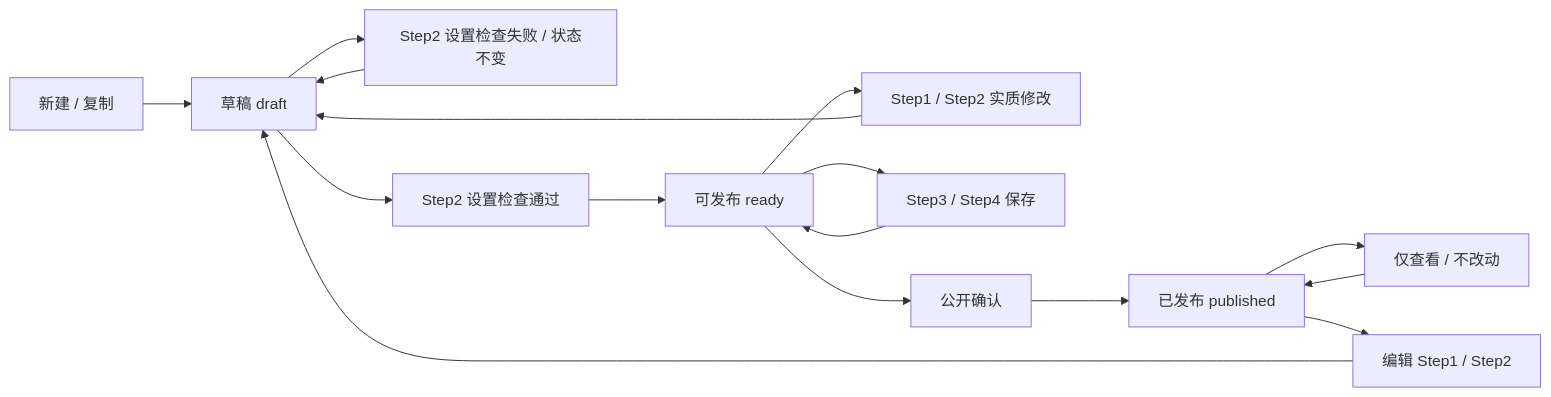
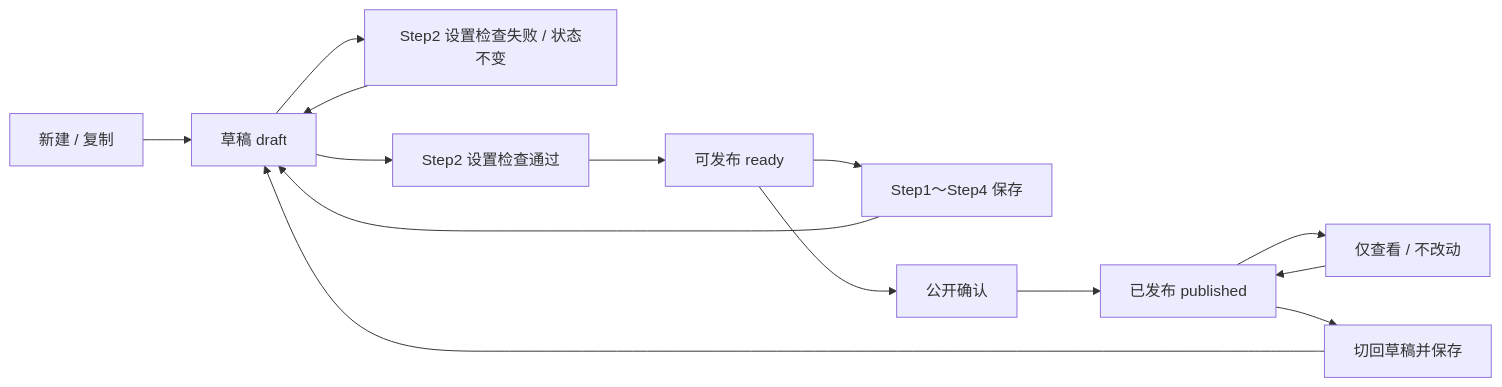
Before and after one commit to aruirage/IDP-workflow: the first of 3 diagrams in prototypes/kisoku-nintei/PRD.zh-CN.md, drawn with Mermaid. The commit also changed other lines of this file and 10 other files, not shown here.

````diff
--- a/prototypes/kisoku-nintei/PRD.zh-CN.md
+++ b/prototypes/kisoku-nintei/PRD.zh-CN.md
@@ -82,18 +82,16 @@
 ```mermaid
 flowchart LR
   newScene["新建 / 复制"] --> draft["草稿 draft"]
   draft --> checkFail["Step2 设置检查失败 / 状态不变"]
   checkFail --> draft
   draft --> checkSuccess["Step2 设置检查通过"]
   checkSuccess --> ready["可发布 ready"]
-  ready --> edit12["Step1 / Step2 实质修改"]
-  edit12 --> draft
-  ready --> save34["Step3 / Step4 保存"]
-  save34 --> ready
+  ready --> saveAny["Step1～Step4 保存"]
+  saveAny --> draft
   ready --> publish["公开确认"]
   publish --> published["已发布 published"]
   published --> viewOnly["仅查看 / 不改动"]
   viewOnly --> published
-  published --> editPublished["编辑 Step1 / Step2"]
+  published --> editPublished["切回草稿并保存"]
   editPublished --> draft
 ```
````
